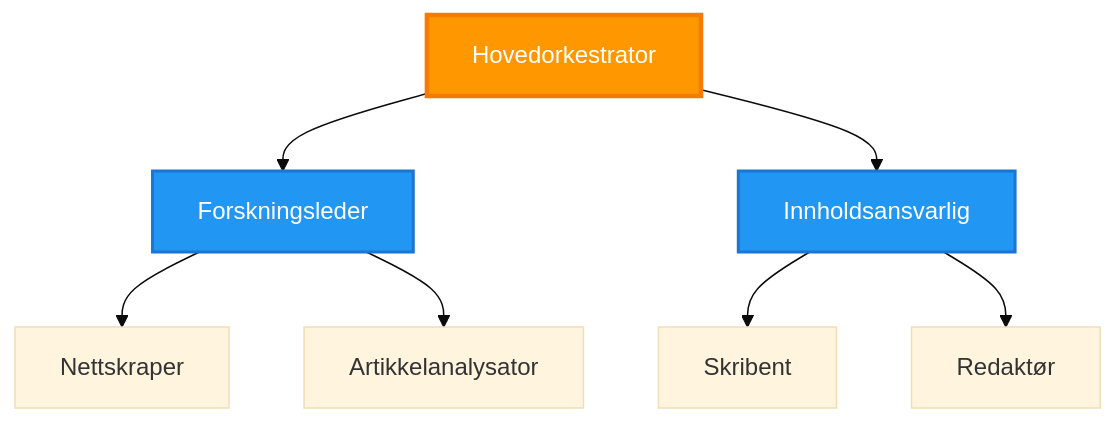
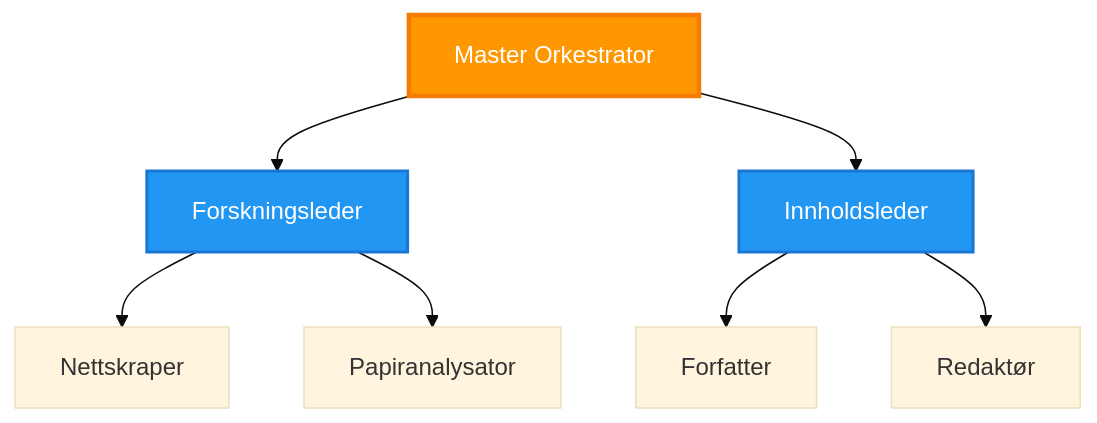
One commit to microsoft/AZD-for-beginners changed the third of 6 diagrams in translations/no/docs/chapter-06-pre-deployment/coordination-patterns.md. Above: the diagram before and after it, drawn with Mermaid (base theme). The commit also changed other lines of this file and 101 other files, not shown here.

````diff
--- a/translations/no/docs/chapter-06-pre-deployment/coordination-patterns.md
+++ b/translations/no/docs/chapter-06-pre-deployment/coordination-patterns.md
@@ -149,21 +143,21 @@
 ```mermaid
 graph TB
-    Master[Hovedorkestrator]
+    Master[Master Orkestrator]
     Manager1[Forskningsleder]
-    Manager2[Innholdsansvarlig]
+    Manager2[Innholdsleder]
     W1[Nettskraper]
-    W2[Artikkelanalysator]
-    W3[Skribent]
+    W2[Papiranalysator]
+    W3[Forfatter]
     W4[Redaktør]
     
     Master --> Manager1
     Master --> Manager2
     Manager1 --> W1
     Manager1 --> W2
     Manager2 --> W3
     Manager2 --> W4
     
     style Master fill:#FF9800,stroke:#F57C00,stroke-width:3px,color:#fff
     style Manager1 fill:#2196F3,stroke:#1976D2,stroke-width:2px,color:#fff
     style Manager2 fill:#2196F3,stroke:#1976D2,stroke-width:2px,color:#fff
 ```
````
